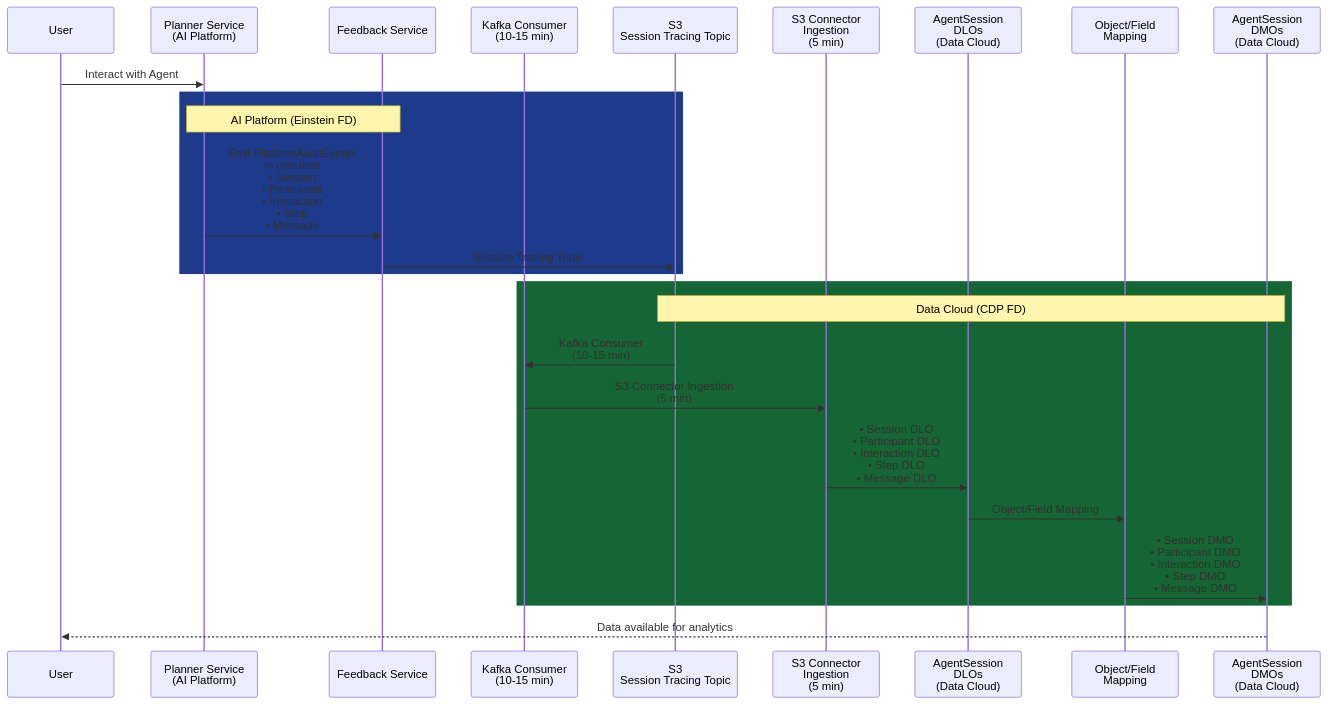
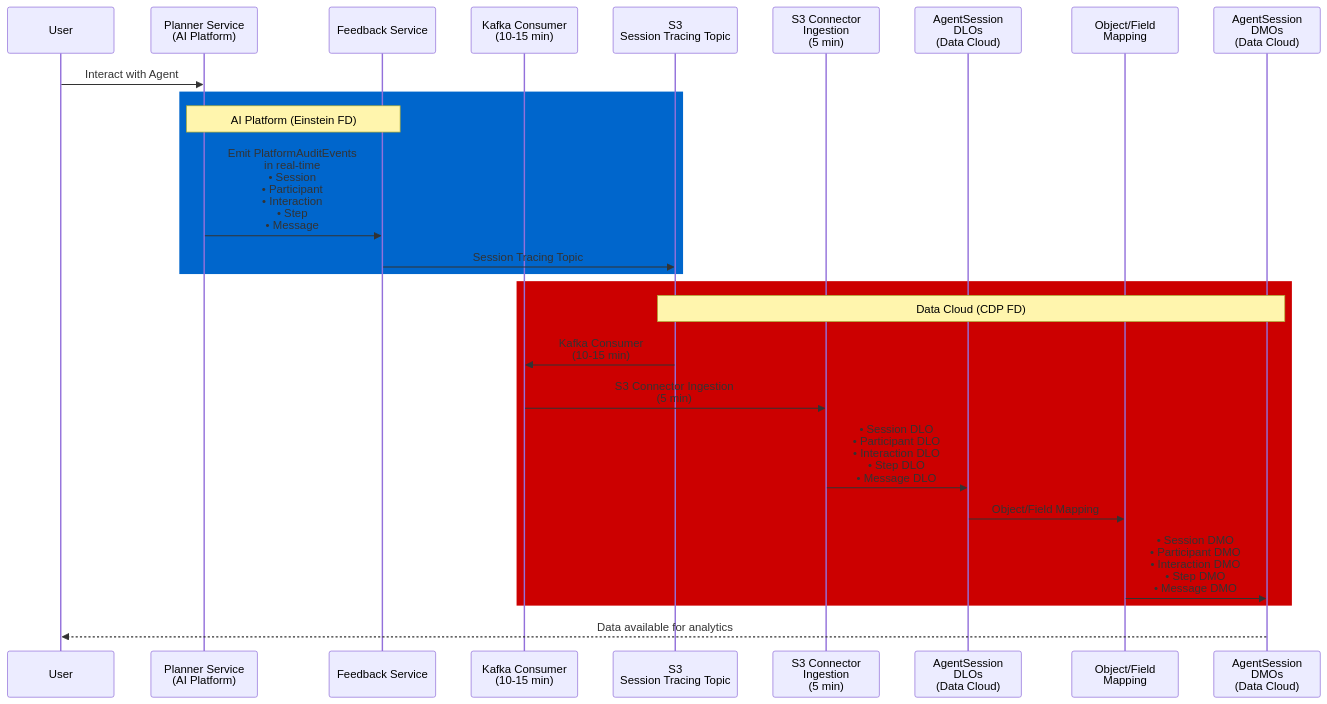
The fourth of 11 diagrams in agentforce/observability/README_Agentforce_Observability_System_Architecture.md (arupsarkar-sfdc/Misc), drawn with Mermaid before and after one commit. The commit also changed other lines of this file, not shown here.

Commit message:
Updated color scheme of all diagrams

````diff
--- a/agentforce/observability/README_Agentforce_Observability_System_Architecture.md
+++ b/agentforce/observability/README_Agentforce_Observability_System_Architecture.md
@@ -353,31 +353,31 @@
 ```mermaid
 sequenceDiagram
     participant User
     participant Planner as Planner Service<br/>(AI Platform)
     participant Feedback as Feedback Service
     participant Kafka as Kafka Consumer<br/>(10-15 min)
     participant S3 as S3<br/>Session Tracing Topic
     participant S3Conn as S3 Connector<br/>Ingestion<br/>(5 min)
     participant DLO as AgentSession<br/>DLOs<br/>(Data Cloud)
     participant Mapping as Object/Field<br/>Mapping
     participant DMO as AgentSession<br/>DMOs<br/>(Data Cloud)
     
     User->>Planner: Interact with Agent
     
-    rect rgb(30, 58, 138)
+    rect rgb(0, 102, 204)
         Note over Planner,Feedback: AI Platform (Einstein FD)
         Planner->>Feedback: Emit PlatformAuditEvents<br/>in real-time<br/>• Session<br/>• Participant<br/>• Interaction<br/>• Step<br/>• Message
         Feedback->>S3: Session Tracing Topic
     end
     
-    rect rgb(22, 101, 52)
+    rect rgb(204, 0, 0)
         Note over S3,DMO: Data Cloud (CDP FD)
         S3->>Kafka: Kafka Consumer<br/>(10-15 min)
         Kafka->>S3Conn: S3 Connector Ingestion<br/>(5 min)
         S3Conn->>DLO: • Session DLO<br/>• Participant DLO<br/>• Interaction DLO<br/>• Step DLO<br/>• Message DLO
         DLO->>Mapping: Object/Field Mapping
         Mapping->>DMO: • Session DMO<br/>• Participant DMO<br/>• Interaction DMO<br/>• Step DMO<br/>• Message DMO
     end
     
     DMO-->>User: Data available for analytics
 ```
````
